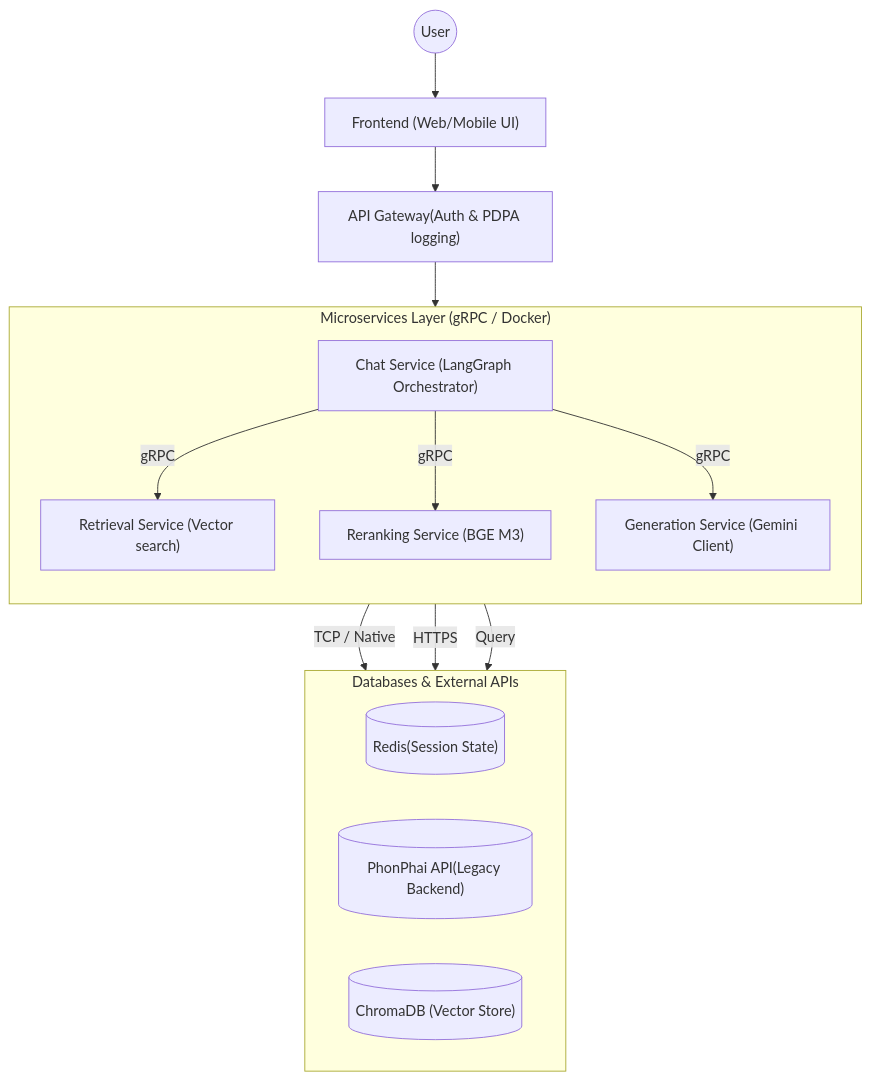
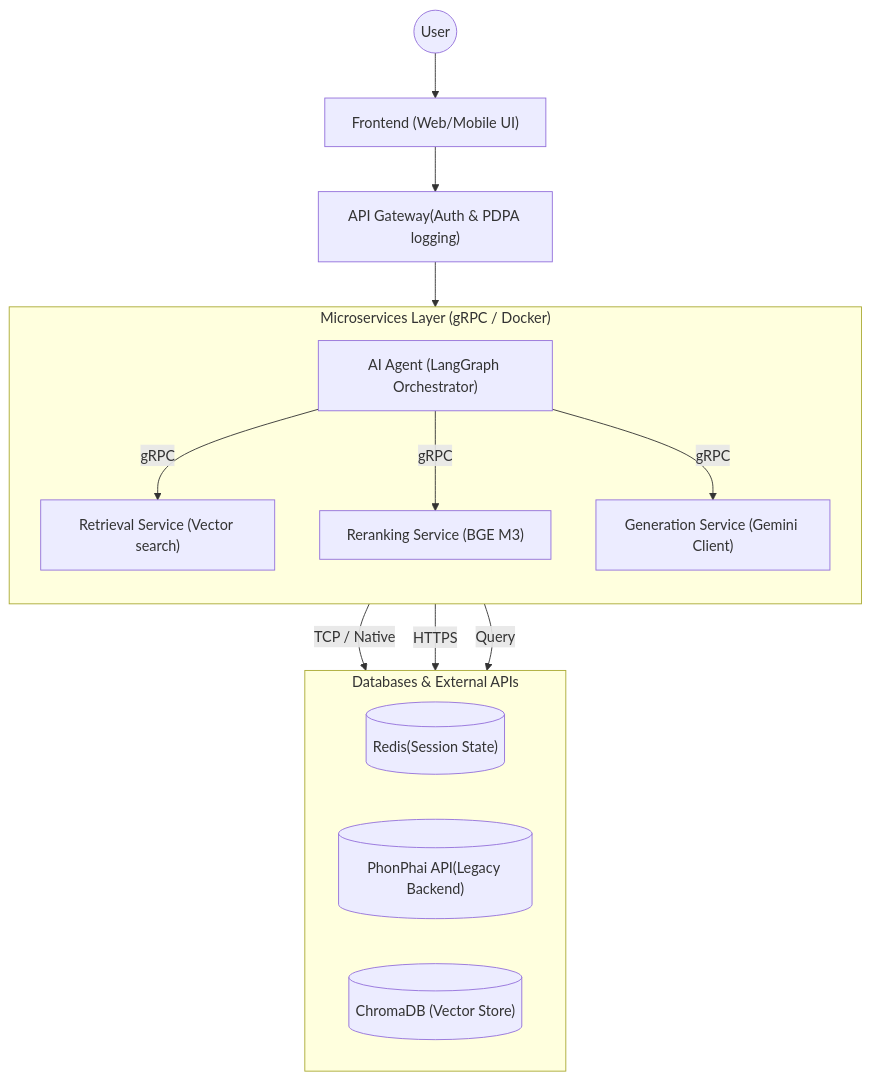
The diagram in diagram/SystemArchitecture.mmd (Alarm24/PhonphaiChatbot), drawn with Mermaid before and after one commit. The commit also changed 9 other files, not shown here.

Commit message:
[ADD]updateDiagram

```diff
--- a/diagram/SystemArchitecture.mmd
+++ b/diagram/SystemArchitecture.mmd
@@ -1,32 +1,32 @@
 flowchart TD
     User(("User"))
     Frontend["Frontend (Web/Mobile UI)"]
     ApiGateway["API Gateway(Auth & PDPA logging)"]
 
     subgraph Microservices["Microservices Layer (gRPC / Docker)"]
         direction TB
-        ChatSvc["Chat Service (LangGraph Orchestrator)"]
+        ChatSvc["AI Agent (LangGraph Orchestrator)"]
 
         Retrieval["Retrieval Service (Vector search)"]
         Reranking["Reranking Service (BGE M3)"]
         Generation["Generation Service (Gemini Client)"]
 
         ChatSvc -- "gRPC" --> Retrieval
         ChatSvc -- "gRPC" --> Reranking
         ChatSvc -- "gRPC" --> Generation
     end
 
     subgraph DBs["Databases & External APIs"]
         direction LR
         Redis[("Redis(Session State)")]
         Legacy[("PhonPhai API(Legacy Backend)")]
         Chroma[("ChromaDB (Vector Store)")]
     end
 
     User --> Frontend
     Frontend --> ApiGateway
     ApiGateway --> ChatSvc
     
     ChatSvc -- "TCP / Native" --> Redis
     ChatSvc -- "HTTPS" --> Legacy
     Retrieval -- "Query" --> Chroma
```
